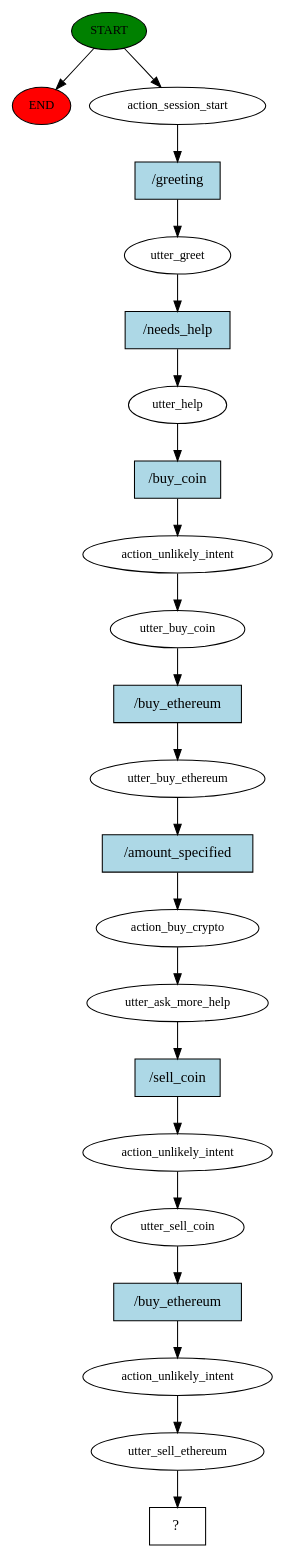
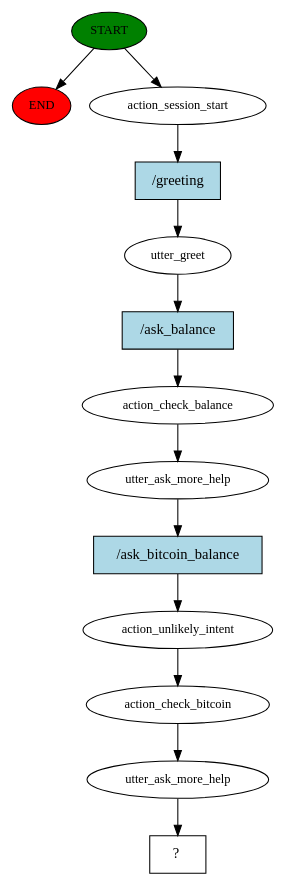
One commit to secMathias/Rasa-Chatbot changed the diagram in rasa-2.0/story_graph.dot. Above: the diagram before and after it, drawn with Graphviz. The commit also changed 187 other files, not shown here.

```diff
--- a/rasa-2.0/story_graph.dot
+++ b/rasa-2.0/story_graph.dot
@@ -1,45 +1,27 @@
 digraph  {
 0 [class="start active", fillcolor=green, fontsize=12, label=START, style=filled];
 "-1" [class=end, fillcolor=red, fontsize=12, label=END, style=filled];
 1 [class=active, fontsize=12, label=action_session_start];
 2 [class=active, fontsize=12, label=utter_greet];
-3 [class=active, fontsize=12, label=utter_help];
-4 [class=active, fontsize=12, label=action_unlikely_intent];
-5 [class=active, fontsize=12, label=utter_buy_coin];
-6 [class=active, fontsize=12, label=utter_buy_ethereum];
-7 [class=active, fontsize=12, label=action_buy_crypto];
-8 [class=active, fontsize=12, label=utter_ask_more_help];
-9 [class=active, fontsize=12, label=action_unlikely_intent];
-10 [class=active, fontsize=12, label=utter_sell_coin];
-11 [class=active, fontsize=12, label=action_unlikely_intent];
-12 [class=active, fontsize=12, label=utter_sell_ethereum];
-13 [class="intent dashed active", label="  ?  ", shape=rect];
-14 [class="intent active", fillcolor=lightblue, label="/greeting", shape=rect, style=filled];
-15 [class="intent active", fillcolor=lightblue, label="/needs_help", shape=rect, style=filled];
-16 [class="intent active", fillcolor=lightblue, label="/buy_coin", shape=rect, style=filled];
-17 [class="intent active", fillcolor=lightblue, label="/buy_ethereum", shape=rect, style=filled];
-18 [class="intent active", fillcolor=lightblue, label="/amount_specified", shape=rect, style=filled];
-19 [class="intent active", fillcolor=lightblue, label="/sell_coin", shape=rect, style=filled];
-20 [class="intent active", fillcolor=lightblue, label="/buy_ethereum", shape=rect, style=filled];
+3 [class=active, fontsize=12, label=action_check_balance];
+4 [class=active, fontsize=12, label=utter_ask_more_help];
+5 [class=active, fontsize=12, label=action_unlikely_intent];
+6 [class=active, fontsize=12, label=action_check_bitcoin];
+7 [class=active, fontsize=12, label=utter_ask_more_help];
+8 [class="intent dashed active", label="  ?  ", shape=rect];
+9 [class="intent active", fillcolor=lightblue, label="/greeting", shape=rect, style=filled];
+10 [class="intent active", fillcolor=lightblue, label="/ask_balance", shape=rect, style=filled];
+11 [class="intent active", fillcolor=lightblue, label="/ask_bitcoin_balance", shape=rect, style=filled];
 0 -> "-1"  [class="", key=NONE, label=""];
 0 -> 1  [class=active, key=NONE, label=""];
-1 -> 14  [class=active, key=0];
-2 -> 15  [class=active, key=0];
-3 -> 16  [class=active, key=0];
-4 -> 5  [class=active, key=NONE, label=""];
-5 -> 17  [class=active, key=0];
-6 -> 18  [class=active, key=0];
+1 -> 9  [class=active, key=0];
+2 -> 10  [class=active, key=0];
+3 -> 4  [class=active, key=NONE, label=""];
+4 -> 11  [class=active, key=0];
+5 -> 6  [class=active, key=NONE, label=""];
+6 -> 7  [class=active, key=NONE, label=""];
 7 -> 8  [class=active, key=NONE, label=""];
-8 -> 19  [class=active, key=0];
-9 -> 10  [class=active, key=NONE, label=""];
-10 -> 20  [class=active, key=0];
-11 -> 12  [class=active, key=NONE, label=""];
-12 -> 13  [class=active, key=NONE, label=""];
-14 -> 2  [class=active, key=0];
-15 -> 3  [class=active, key=0];
-16 -> 4  [class=active, key=0];
-17 -> 6  [class=active, key=0];
-18 -> 7  [class=active, key=0];
-19 -> 9  [class=active, key=0];
-20 -> 11  [class=active, key=0];
+9 -> 2  [class=active, key=0];
+10 -> 3  [class=active, key=0];
+11 -> 5  [class=active, key=0];
 }
```
